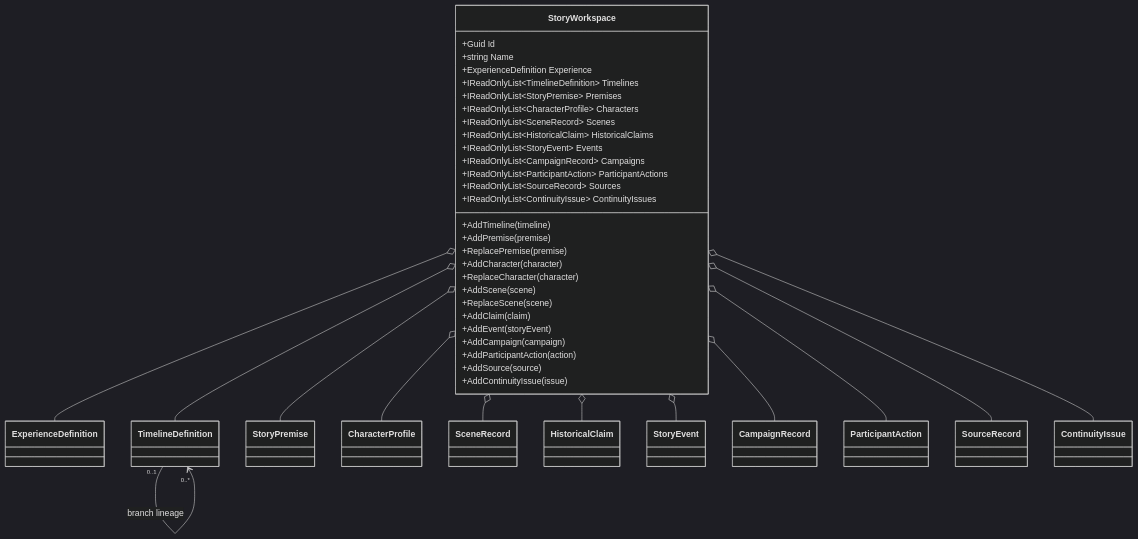
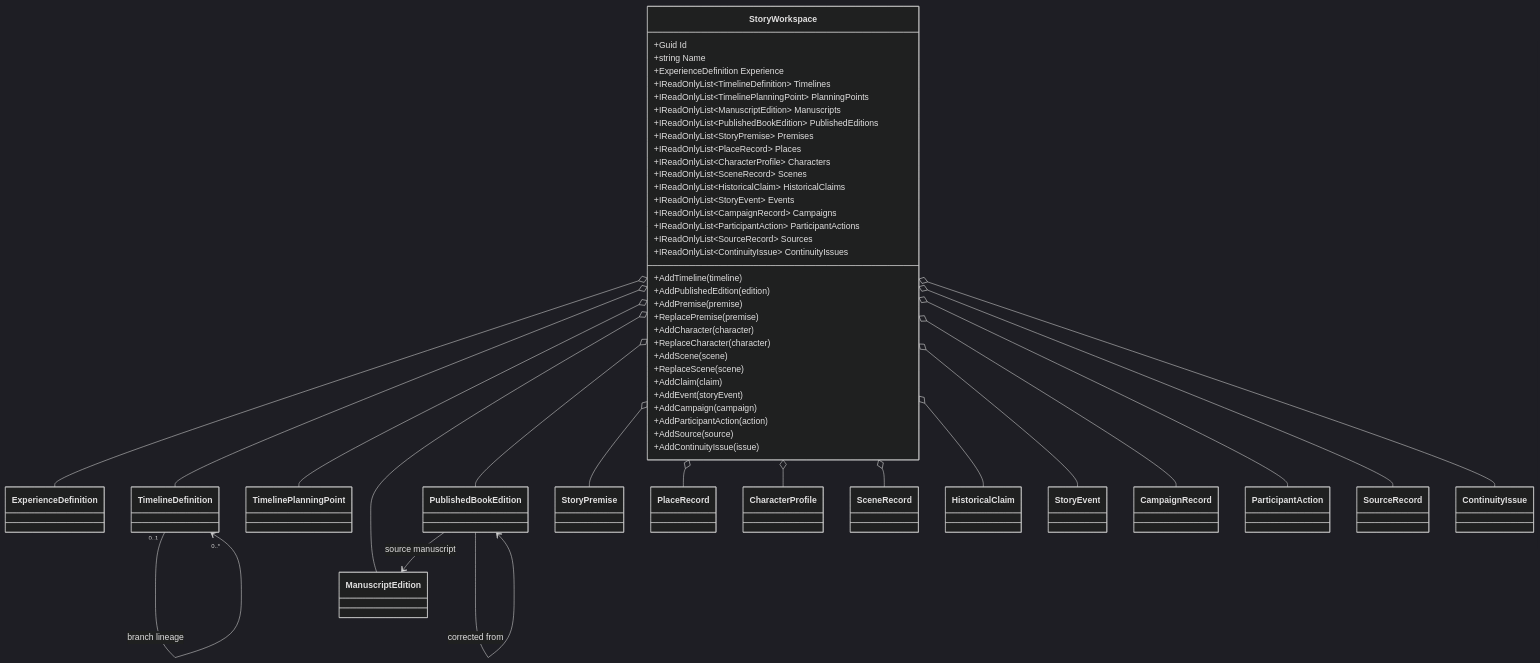
One commit to TrentBest/StoryBuilder changed the diagram in docs/UML/StoryWorkspaceUML.md. Above: the diagram before and after it, drawn with Mermaid (dark theme). The commit also changed other lines of this file, not shown here.

Commit message:
Update workspace UML for publication and place records

````diff
--- a/docs/UML/StoryWorkspaceUML.md
+++ b/docs/UML/StoryWorkspaceUML.md
@@ -5,43 +5,54 @@
 ```mermaid
 classDiagram
 class StoryWorkspace {
   +Guid Id
   +string Name
   +ExperienceDefinition Experience
   +IReadOnlyList~TimelineDefinition~ Timelines
+  +IReadOnlyList~TimelinePlanningPoint~ PlanningPoints
+  +IReadOnlyList~ManuscriptEdition~ Manuscripts
+  +IReadOnlyList~PublishedBookEdition~ PublishedEditions
   +IReadOnlyList~StoryPremise~ Premises
+  +IReadOnlyList~PlaceRecord~ Places
   +IReadOnlyList~CharacterProfile~ Characters
   +IReadOnlyList~SceneRecord~ Scenes
   +IReadOnlyList~HistoricalClaim~ HistoricalClaims
   +IReadOnlyList~StoryEvent~ Events
   +IReadOnlyList~CampaignRecord~ Campaigns
   +IReadOnlyList~ParticipantAction~ ParticipantActions
   +IReadOnlyList~SourceRecord~ Sources
   +IReadOnlyList~ContinuityIssue~ ContinuityIssues
   +AddTimeline(timeline)
+  +AddPublishedEdition(edition)
   +AddPremise(premise)
   +ReplacePremise(premise)
   +AddCharacter(character)
   +ReplaceCharacter(character)
   +AddScene(scene)
   +ReplaceScene(scene)
   +AddClaim(claim)
   +AddEvent(storyEvent)
   +AddCampaign(campaign)
   +AddParticipantAction(action)
   +AddSource(source)
   +AddContinuityIssue(issue)
 }
 StoryWorkspace o-- ExperienceDefinition
 StoryWorkspace o-- TimelineDefinition
+StoryWorkspace o-- TimelinePlanningPoint
+StoryWorkspace o-- ManuscriptEdition
+StoryWorkspace o-- PublishedBookEdition
 StoryWorkspace o-- StoryPremise
+StoryWorkspace o-- PlaceRecord
+PublishedBookEdition --> ManuscriptEdition : source manuscript
+PublishedBookEdition --> PublishedBookEdition : corrected from
 StoryWorkspace o-- CharacterProfile
 StoryWorkspace o-- SceneRecord
 StoryWorkspace o-- HistoricalClaim
 StoryWorkspace o-- StoryEvent
 StoryWorkspace o-- CampaignRecord
 StoryWorkspace o-- ParticipantAction
 StoryWorkspace o-- SourceRecord
 StoryWorkspace o-- ContinuityIssue
 TimelineDefinition "0..1" --> "0..*" TimelineDefinition : branch lineage
 ```
````
